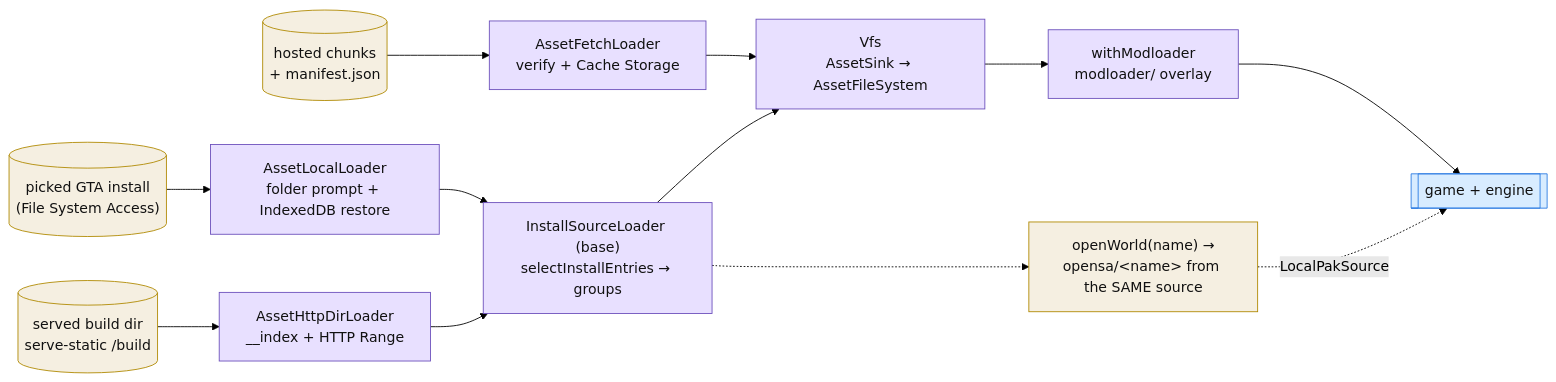
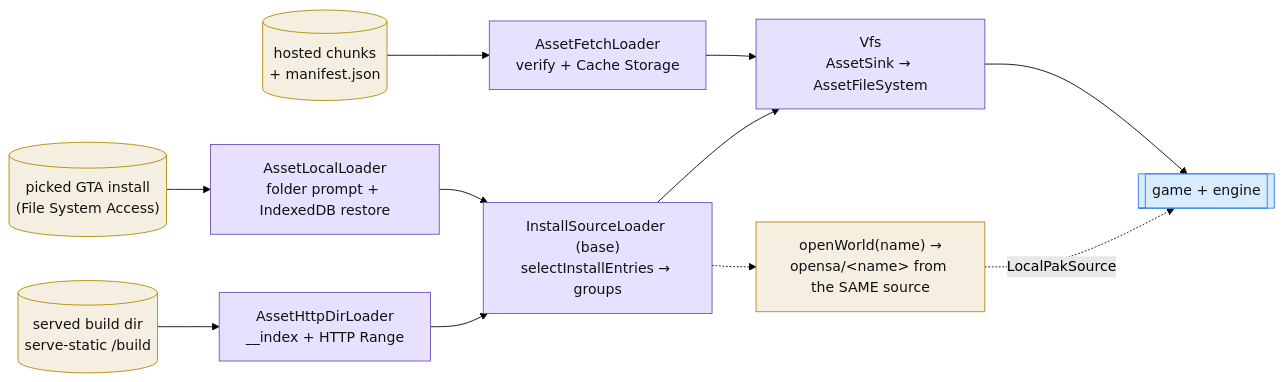
One commit to sexorcist00/opensa changed the first of 2 diagrams in docs/architecture/boot-and-loading.md. Above: the diagram before and after it, drawn with Mermaid (forest theme). The commit also changed other lines of this file and 51 other files, not shown here.

````diff
--- a/docs/architecture/boot-and-loading.md
+++ b/docs/architecture/boot-and-loading.md
@@ -28,28 +28,27 @@
 ```mermaid
 %%| loader-chain
 flowchart LR
   chunks[("hosted chunks<br/>+ manifest.json")]:::data
   folder[("picked GTA install<br/>(File System Access)")]:::data
   served[("served build dir<br/>serve-static /build")]:::data
 
   fetch["AssetFetchLoader<br/>verify + Cache Storage"]:::infra
   local["AssetLocalLoader<br/>folder prompt + IndexedDB restore"]:::infra
   httpdir["AssetHttpDirLoader<br/>__index + HTTP Range"]:::infra
   base["InstallSourceLoader (base)<br/>selectInstallEntries → groups"]:::infra
 
   vfs["Vfs<br/>AssetSink → AssetFileSystem"]:::infra
-  mod["withModloader<br/>modloader/ overlay"]:::infra
   game[["game + engine"]]:::engine
   pak["openWorld(name) →<br/>opensa/&lt;name&gt; from the SAME source"]:::data
 
   chunks --> fetch --> vfs
   folder --> local --> base
   served --> httpdir --> base
   base --> vfs
-  vfs --> mod --> game
+  vfs --> game
   base -.-> pak -.->|LocalPakSource| game
 
   classDef infra fill:#e8e0ff,stroke:#6b4fbb,color:#111
   classDef engine fill:#d8ecff,stroke:#2a7ae2,color:#111
   classDef data fill:#f5efe1,stroke:#b08900,color:#111
 ```
````
